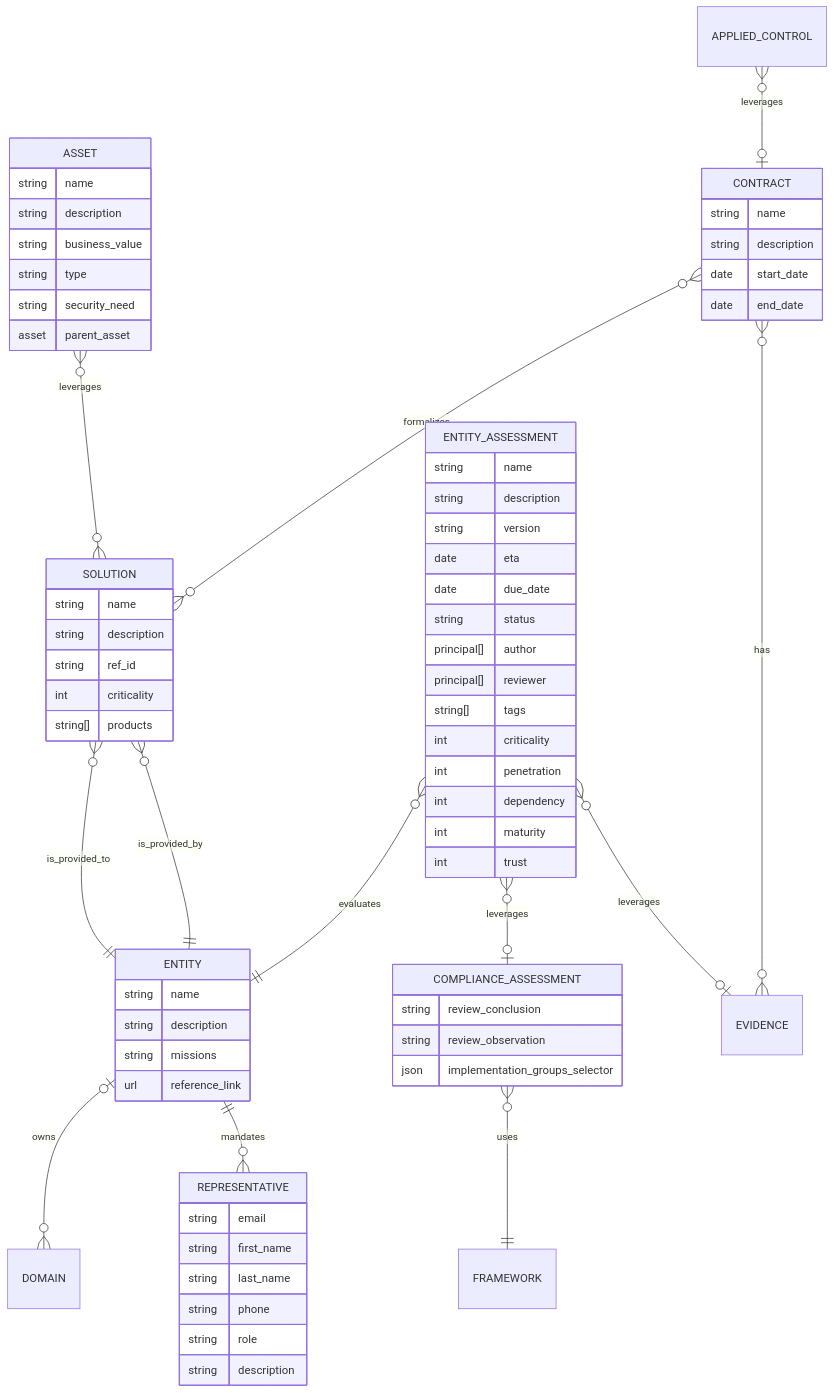
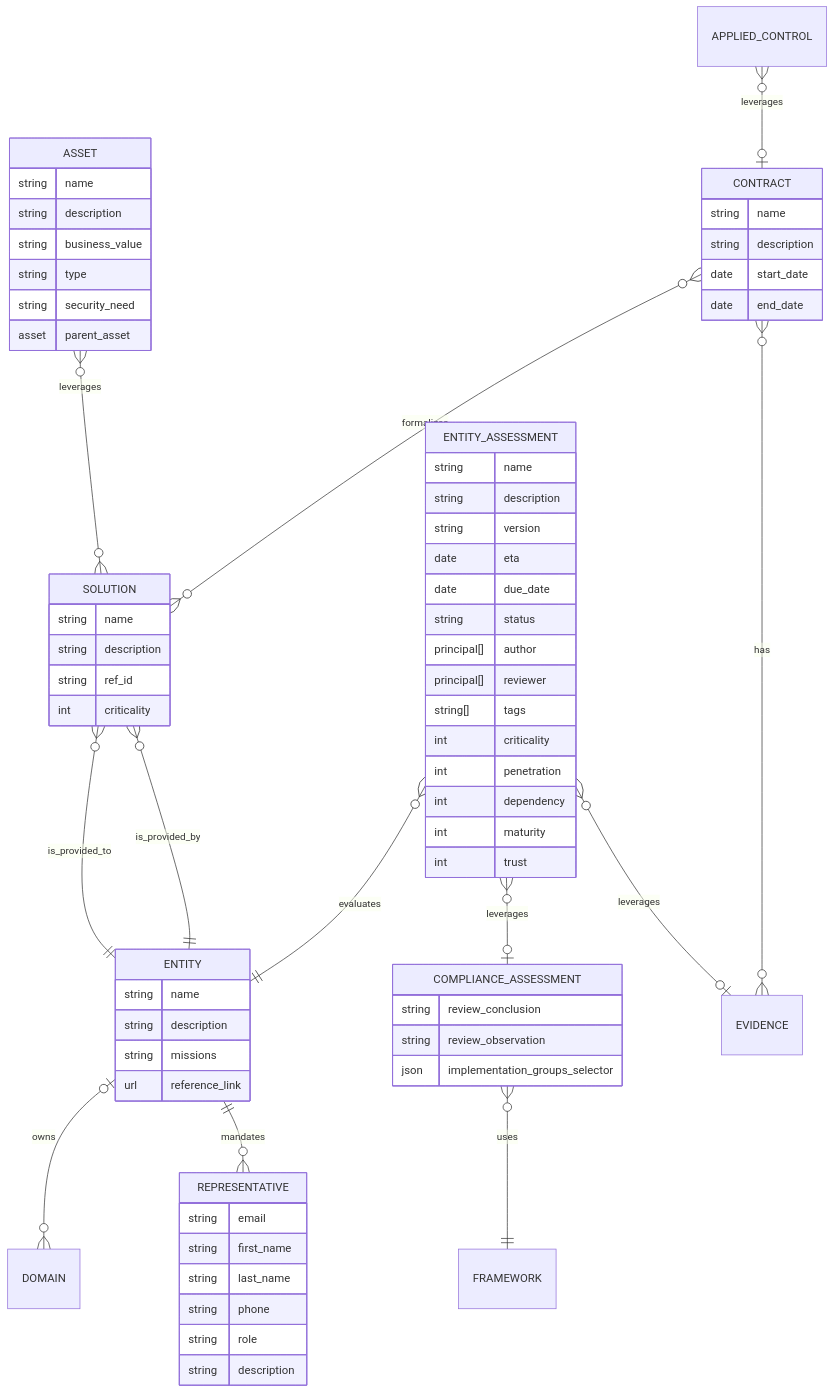
Before and after one commit to intuitem/ciso-assistant-community: the eighth of 9 diagrams in documentation/architecture/data-model.md, drawn with Mermaid. The commit also changed other lines of this file, not shown here.

````diff
--- a/documentation/architecture/data-model.md
+++ b/documentation/architecture/data-model.md
@@ -1129,82 +1129,81 @@
 ```mermaid
 erDiagram
 
     ASSET                 }o--o{ SOLUTION              : leverages
     ENTITY                |o--o{ DOMAIN                : owns
     SOLUTION              }o--|| ENTITY                : is_provided_to
     SOLUTION              }o--|| ENTITY                : is_provided_by
     CONTRACT              }o--o{ SOLUTION              : formalizes
     CONTRACT              }o--o{ EVIDENCE              : has
     APPLIED_CONTROL       }o--o| CONTRACT              : leverages
     ENTITY_ASSESSMENT     }o--|| ENTITY                : evaluates
     ENTITY                ||--o{ REPRESENTATIVE        : mandates
     ENTITY_ASSESSMENT     }o--o| COMPLIANCE_ASSESSMENT : leverages
     ENTITY_ASSESSMENT     }o--o| EVIDENCE              : leverages
     COMPLIANCE_ASSESSMENT }o--|| FRAMEWORK             : uses
 
     ENTITY {
         string  name
         string  description
         string  missions  
         url     reference_link
     }
 
     ASSET {
         string      name
         string      description
         string      business_value
         string      type
         string      security_need
         asset       parent_asset
     }
 
     SOLUTION {
         string      name
         string      description
         string      ref_id
         int         criticality
-        string[]    products
     }
 
 
     CONTRACT {
         string name
         string description
         date   start_date
         date   end_date
     }
 
     ENTITY_ASSESSMENT {
         string      name
         string      description
         string      version
         date        eta
         date        due_date
         string      status
         principal[] author
         principal[] reviewer
         string[]    tags
 
         int         criticality
         int         penetration
         int         dependency
         int         maturity
         int         trust
     }
 
     REPRESENTATIVE {
         string      email
         string      first_name
         string      last_name
         string      phone
         string      role
         string      description
     }
 
     COMPLIANCE_ASSESSMENT {
         string      review_conclusion
         string      review_observation
         json        implementation_groups_selector
     }
 
 ```
````
